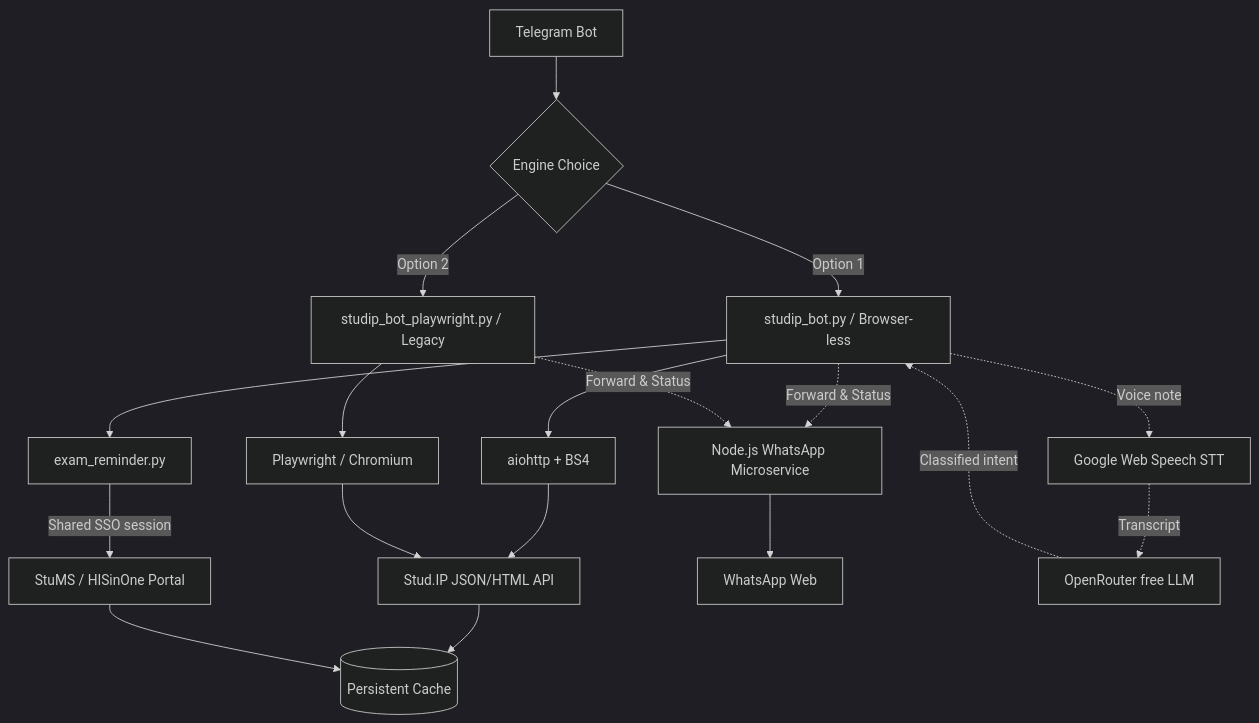
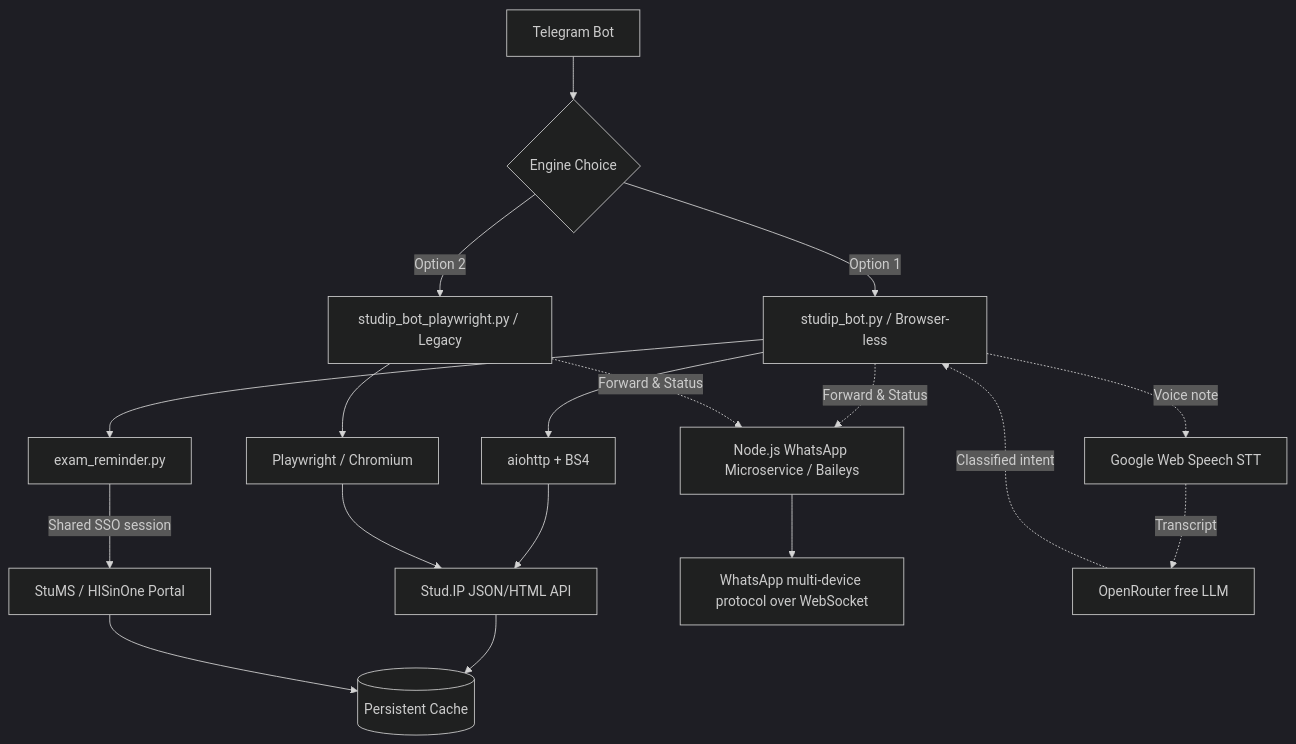
One commit to ofurkancoban/UniOldenburgStudyAssistantBot changed the diagram in README.md. Above: the diagram before and after it, drawn with Mermaid. The commit also changed other lines of this file, not shown here.

First line of the commit message:
docs: update README/flowchart for the Baileys WhatsApp migration

````diff
--- a/README.md
+++ b/README.md
@@ -223,21 +225,21 @@
 ```mermaid
 %%{init: {'theme': 'dark'}}%%
 graph TD
     A[Telegram Bot] --> B{Engine Choice}
     B -->|Option 1| C[studip_bot.py / Browser-less]
     B -->|Option 2| D[studip_bot_playwright.py / Legacy]
     C --> E[aiohttp + BS4]
     D --> F[Playwright / Chromium]
     E --> G[Stud.IP JSON/HTML API]
     F --> G
     G --> H[(Persistent Cache)]
     C --> K[exam_reminder.py]
     K -->|Shared SSO session| L[StuMS / HISinOne Portal]
     L --> H
-    C -.->|Forward & Status| I[Node.js WhatsApp Microservice]
+    C -.->|Forward & Status| I[Node.js WhatsApp Microservice / Baileys]
     D -.->|Forward & Status| I
-    I --> J[WhatsApp Web]
+    I --> J[WhatsApp multi-device protocol over WebSocket]
     C -.->|Voice note| M[Google Web Speech STT]
     M -.->|Transcript| N[OpenRouter free LLM]
     N -.->|Classified intent| C
 ```
````
